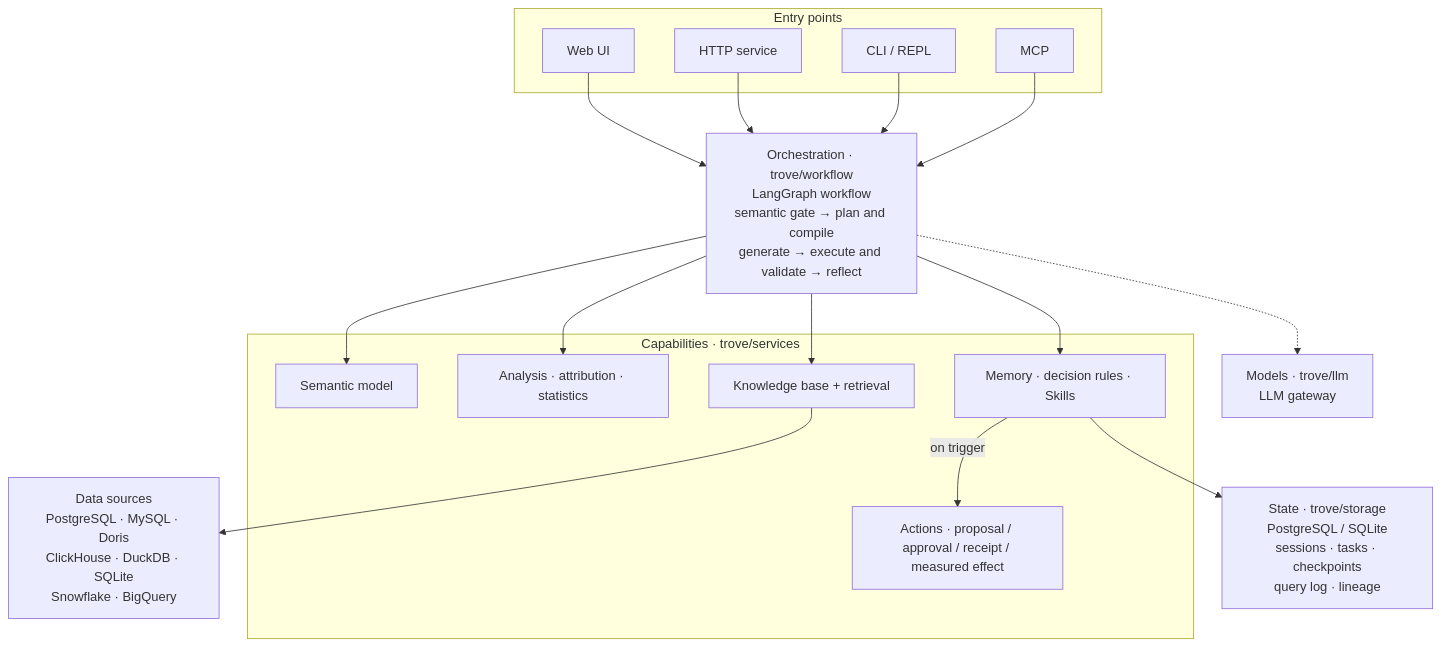
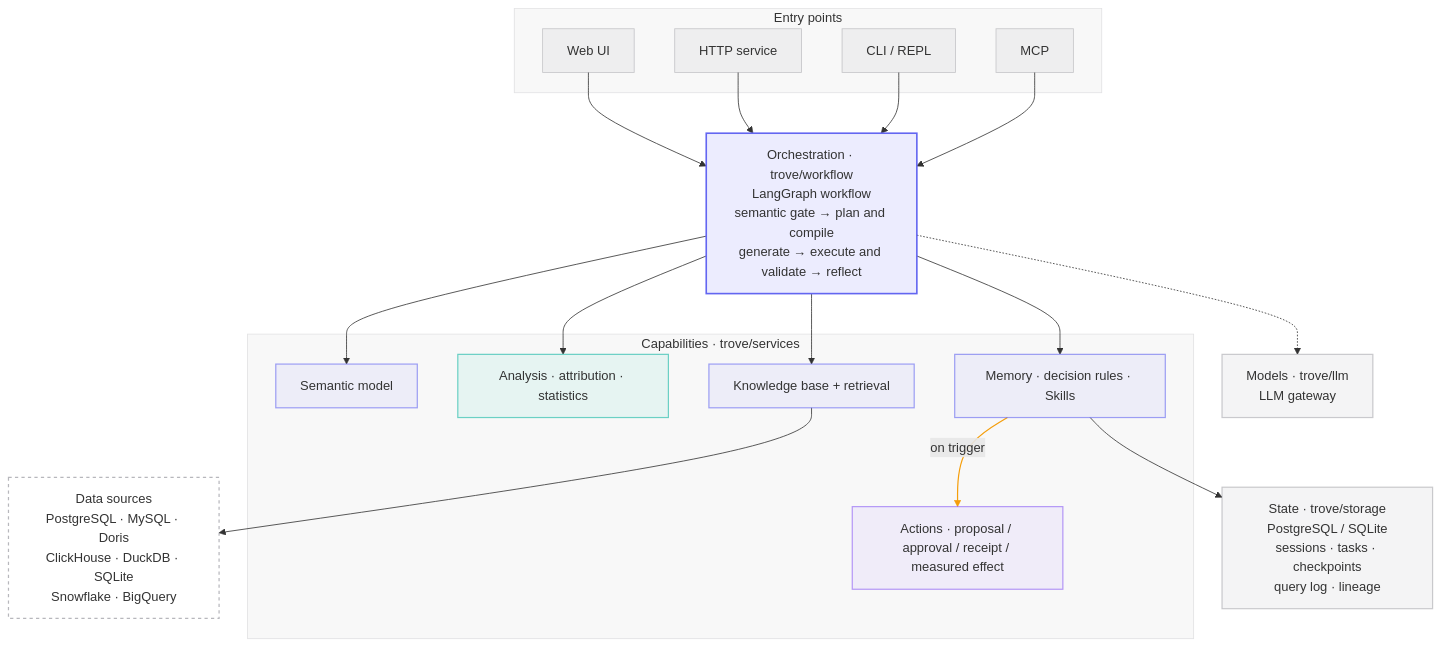
One commit to Nivane/trove changed the first of 4 diagrams in README.en.md. Above: the diagram before and after it, drawn with Mermaid. The commit also changed other lines of this file and 5 other files, not shown here.

First line of the commit message:
docs(arch): 架构图专业视觉升级 —— 半透明分区/阶段配色 + 窄屏长 token 断行修复

````diff
--- a/README.en.md
+++ b/README.en.md
@@ -45,36 +45,48 @@
 ```mermaid
 flowchart TB
+    %% Fills are low-alpha with solid strokes, matching the docs site token palette —
+    %% one source works in both light and dark rendering
     subgraph entry["Entry points"]
-        UI["Web UI"]
-        SRV["HTTP service"]
-        CLI["CLI / REPL"]
-        MCP["MCP"]
+        UI["Web UI"]:::entry
+        SRV["HTTP service"]:::entry
+        CLI["CLI / REPL"]:::entry
+        MCP["MCP"]:::entry
     end
 
-    WF["Orchestration · trove/workflow<br/>LangGraph workflow<br/>semantic gate → plan and compile<br/>generate → execute and validate → reflect"]
+    WF["Orchestration · trove/workflow<br/>LangGraph workflow<br/>semantic gate → plan and compile<br/>generate → execute and validate → reflect"]:::core
 
     subgraph caps["Capabilities · trove/services"]
-        SEM["Semantic model"]
-        ANA["Analysis · attribution · statistics"]
-        KB["Knowledge base + retrieval"]
-        MEM["Memory · decision rules · Skills"]
-        ACT["Actions · proposal / approval / receipt / measured effect"]
+        SEM["Semantic model"]:::cap
+        ANA["Analysis · attribution · statistics"]:::ana
+        KB["Knowledge base + retrieval"]:::cap
+        MEM["Memory · decision rules · Skills"]:::cap
+        ACT["Actions · proposal / approval / receipt / measured effect"]:::act
     end
 
-    LLM["Models · trove/llm<br/>LLM gateway"]
-    DS["Data sources<br/>PostgreSQL · MySQL · Doris<br/>ClickHouse · DuckDB · SQLite<br/>Snowflake · BigQuery"]
-    STATE["State · trove/storage<br/>PostgreSQL / SQLite<br/>sessions · tasks · checkpoints<br/>query log · lineage"]
+    LLM["Models · trove/llm<br/>LLM gateway"]:::base
+    DS["Data sources<br/>PostgreSQL · MySQL · Doris<br/>ClickHouse · DuckDB · SQLite<br/>Snowflake · BigQuery"]:::ext
+    STATE["State · trove/storage<br/>PostgreSQL / SQLite<br/>sessions · tasks · checkpoints<br/>query log · lineage"]:::base
 
     UI --> WF
     SRV --> WF
     CLI --> WF
     MCP --> WF
     WF --> SEM
     WF --> ANA
     WF --> KB
     WF --> MEM
     MEM -->|"on trigger"| ACT
     WF -.-> LLM
     KB --> DS
     MEM --> STATE
+    classDef entry fill:#71717a14,stroke:#71717a59,stroke-width:1px;
+    classDef core fill:#6366f11f,stroke:#6366f1,stroke-width:2px;
+    classDef cap fill:#6366f114,stroke:#6366f199,stroke-width:1.5px;
+    classDef ana fill:#14b8a614,stroke:#14b8a699,stroke-width:1.5px;
+    classDef act fill:#8b5cf614,stroke:#8b5cf699,stroke-width:1.5px;
+    classDef base fill:#71717a14,stroke:#71717a59,stroke-width:1.5px;
+    classDef ext fill:transparent,stroke:#71717a80,stroke-width:1.5px,stroke-dasharray:4 4;
+    style entry fill:#71717a0d,stroke:#71717a2e,stroke-width:1px
+    style caps fill:#71717a0d,stroke:#71717a2e,stroke-width:1px
+    linkStyle 8 stroke:#f59e0b,stroke-width:1.5px
 ```
````
